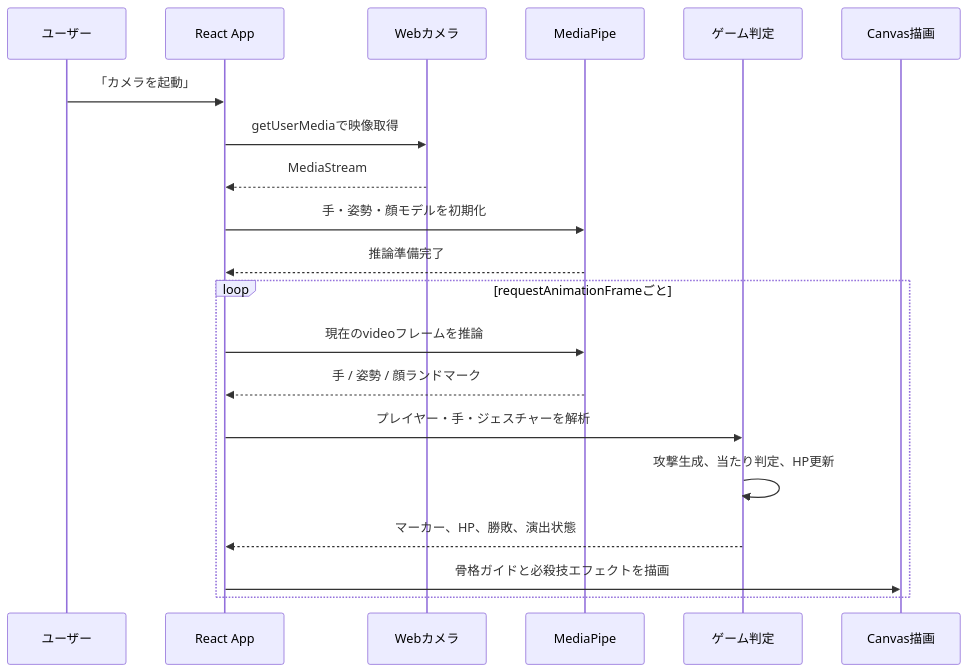
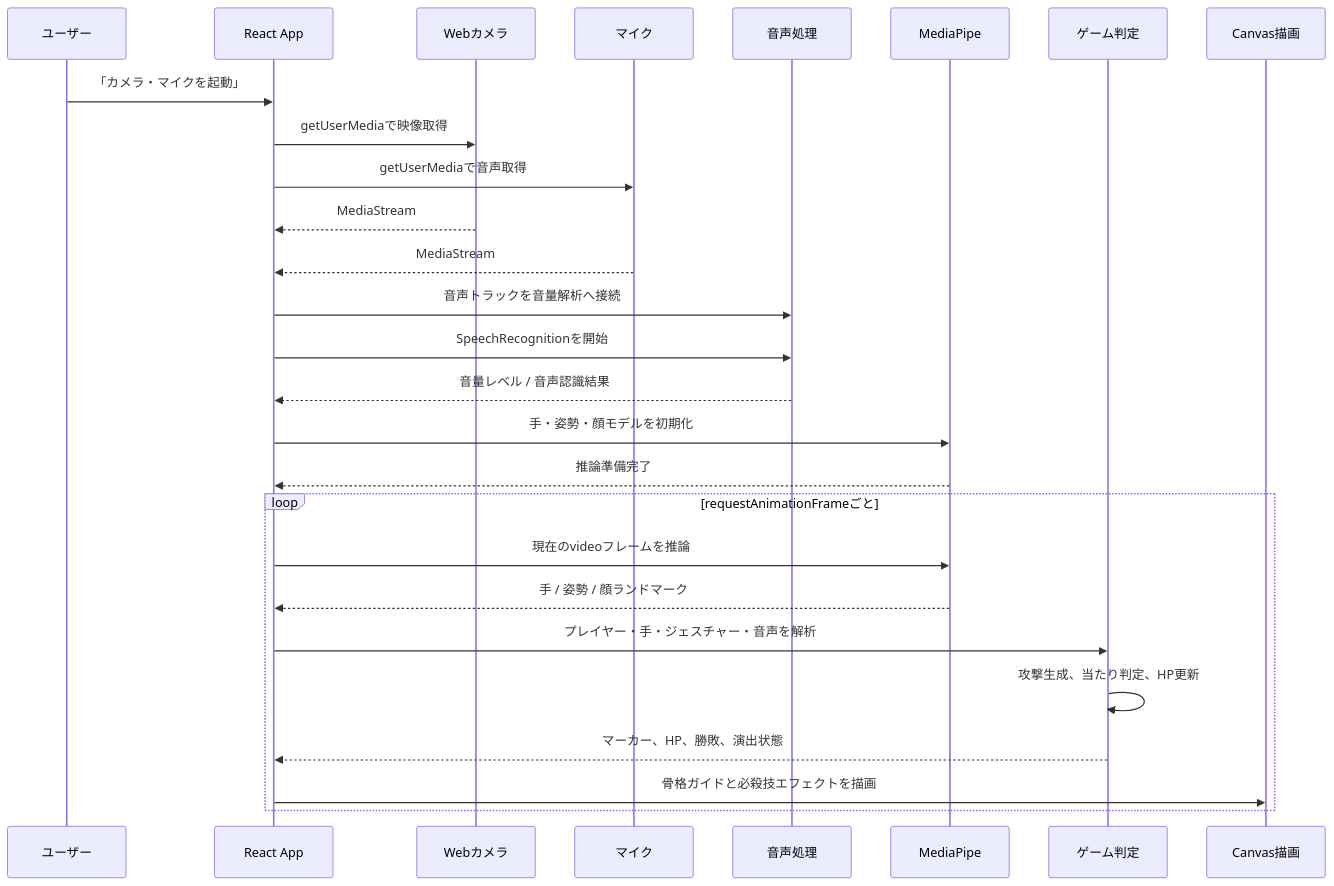
The second of 2 diagrams in docs/architecture.md (yuchi88/ultimate_attack), drawn with Mermaid before and after one commit. The commit also changed other lines of this file and 1 other file, not shown here.

Commit message:
アーキテクチャ図に音声処理コンポーネントを追加し、処理フローを更新

````diff
--- a/docs/architecture.md
+++ b/docs/architecture.md
@@ -79,24 +87,31 @@
 ```mermaid
 sequenceDiagram
   participant User as ユーザー
   participant App as React App
   participant Camera as Webカメラ
+  participant Microphone as マイク
+  participant Audio as 音声処理
   participant MP as MediaPipe
   participant Game as ゲーム判定
   participant Canvas as Canvas描画
 
-  User->>App: 「カメラを起動」
+  User->>App: 「カメラ・マイクを起動」
   App->>Camera: getUserMediaで映像取得
+  App->>Microphone: getUserMediaで音声取得
   Camera-->>App: MediaStream
+  Microphone-->>App: MediaStream
+  App->>Audio: 音声トラックを音量解析へ接続
+  App->>Audio: SpeechRecognitionを開始
+  Audio-->>App: 音量レベル / 音声認識結果
   App->>MP: 手・姿勢・顔モデルを初期化
   MP-->>App: 推論準備完了
 
   loop requestAnimationFrameごと
     App->>MP: 現在のvideoフレームを推論
     MP-->>App: 手 / 姿勢 / 顔ランドマーク
-    App->>Game: プレイヤー・手・ジェスチャーを解析
+    App->>Game: プレイヤー・手・ジェスチャー・音声を解析
     Game->>Game: 攻撃生成、当たり判定、HP更新
     Game-->>App: マーカー、HP、勝敗、演出状態
     App->>Canvas: 骨格ガイドと必殺技エフェクトを描画
   end
 ```
````
